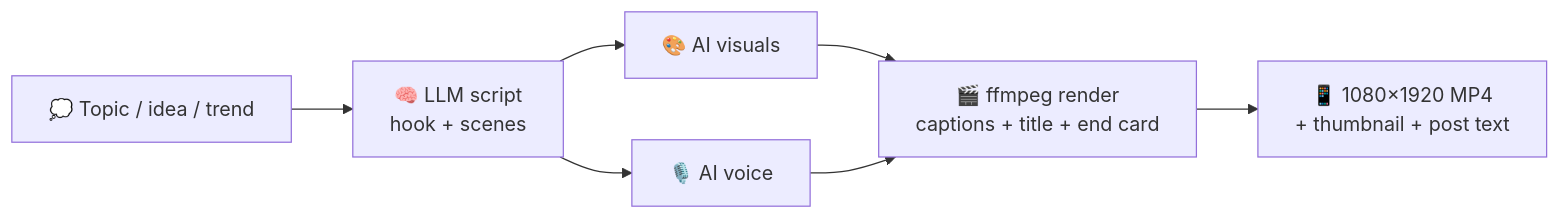
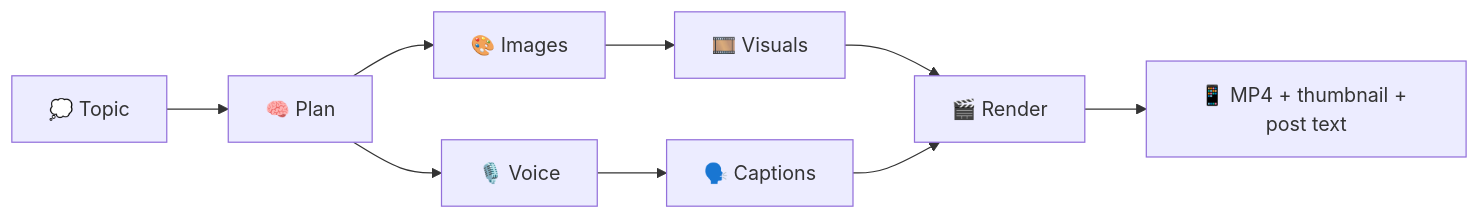
Before and after one commit to darshit001/hackthn: the diagram in README.md, drawn with Mermaid. The commit also changed other lines of this file, not shown here.

````diff
--- a/README.md
+++ b/README.md
@@ -72,9 +74,11 @@
 ```mermaid
 flowchart LR
-    A["💭 Topic / idea / trend"] --> B["🧠 LLM script<br/>hook + scenes"]
-    B --> C["🎨 AI visuals"]
-    B --> D["🎙️ AI voice"]
-    C --> E["🎬 ffmpeg render<br/>captions + title + end card"]
-    D --> E
-    E --> F["📱 1080×1920 MP4<br/>+ thumbnail + post text"]
+    A["💭 Topic"] --> B["🧠 Plan"]
+    B --> C["🎨 Images"]
+    B --> D["🎙️ Voice"]
+    C --> E["🎞️ Visuals"]
+    D --> F["🗣️ Captions"]
+    E --> G["🎬 Render"]
+    F --> G
+    G --> H["📱 MP4 + thumbnail + post text"]
 ```
````
